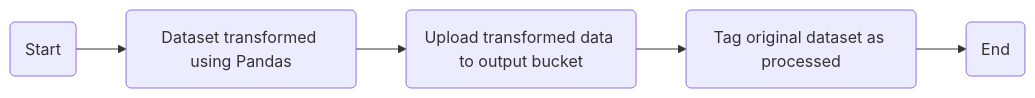
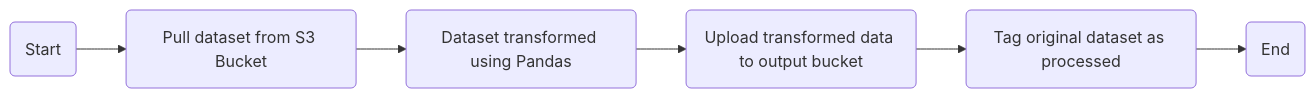
Before and after one commit to kwame-mintah/aws-lambda-data-preprocessing: the diagram in README.md, drawn with Mermaid. The commit also changed other lines of this file, not shown here.

First line of the commit message:
docs(readme): move flowchart section and add missing ci / cd section

````diff
--- a/README.md
+++ b/README.md
@@ -82,13 +21,15 @@
 ```mermaid
 graph LR
   S0(Start)
-  T1(Dataset transformed using Pandas)
-  T2(Upload transformed data to output bucket)
-  T3(Tag original dataset as processed)
+  T1(Pull dataset from S3 Bucket)
+  T2(Dataset transformed using Pandas)
+  T3(Upload transformed data to output bucket)
+  T4(Tag original dataset as processed)
   E0(End)
 
   S0-->T1
   T1-->T2
   T2-->T3
-  T3-->E0
+  T3-->T4
+  T4-->E0
 ```
````
